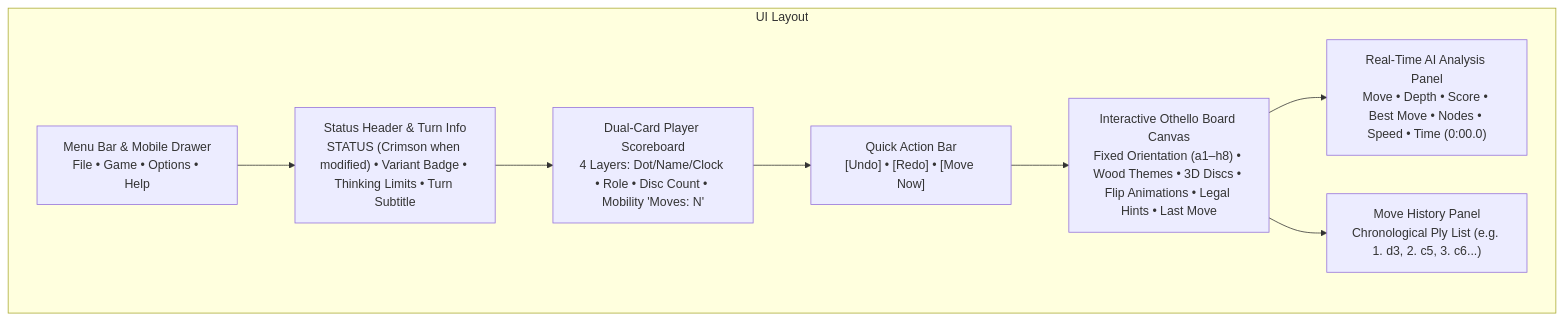
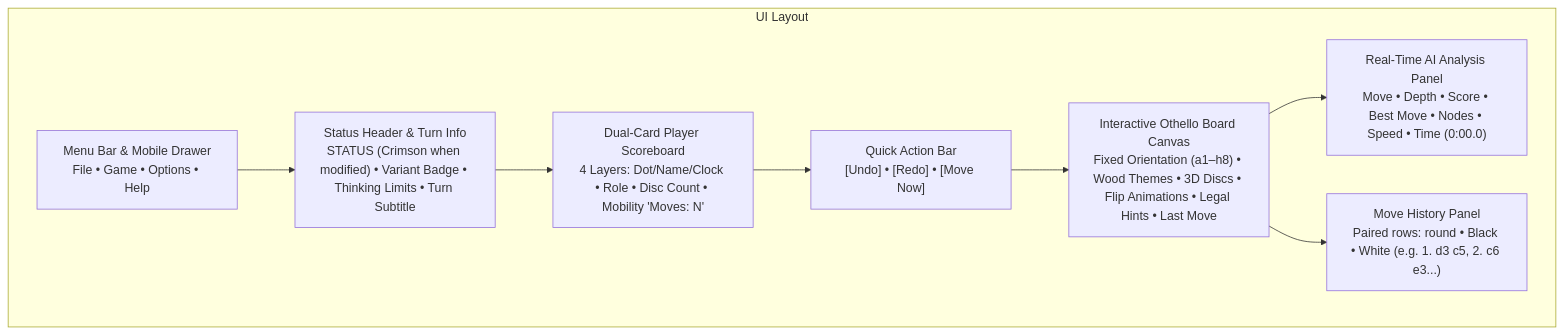
Before and after one commit to cjp-dev/Stello: the first of 2 diagrams in docs/brain/15-gui-and-settings.md, drawn with Mermaid. The commit also changed other lines of this file and 12 other files, not shown here.

````diff
--- a/docs/brain/15-gui-and-settings.md
+++ b/docs/brain/15-gui-and-settings.md
@@ -17,19 +17,19 @@
 ```mermaid
 graph TD
     subgraph UI Layout
         MenuBar["Menu Bar &amp; Mobile Drawer<br/>File • Game • Options • Help"]
         StatusPanel["Status Header &amp; Turn Info<br/>STATUS (Crimson when modified) • Variant Badge • Thinking Limits • Turn Subtitle"]
         Scoreboard["Dual-Card Player Scoreboard<br/>4 Layers: Dot/Name/Clock • Role • Disc Count • Mobility 'Moves: N'"]
         QuickActions["Quick Action Bar<br/>[Undo] • [Redo] • [Move Now]"]
         Board["Interactive Othello Board Canvas<br/>Fixed Orientation (a1–h8) • Wood Themes • 3D Discs • Flip Animations • Legal Hints • Last Move"]
         Analysis["Real-Time AI Analysis Panel<br/>Move • Depth • Score • Best Move • Nodes • Speed • Time (0:00.0)"]
-        History["Move History Panel<br/>Chronological Ply List (e.g. 1. d3, 2. c5, 3. c6...)"]
+        History["Move History Panel<br/>Paired rows: round • Black • White (e.g. 1. d3 c5, 2. c6 e3...)"]
     end
 
     MenuBar --> StatusPanel
     StatusPanel --> Scoreboard
     Scoreboard --> QuickActions
     QuickActions --> Board
     Board --> Analysis
     Board --> History
 ```
````
